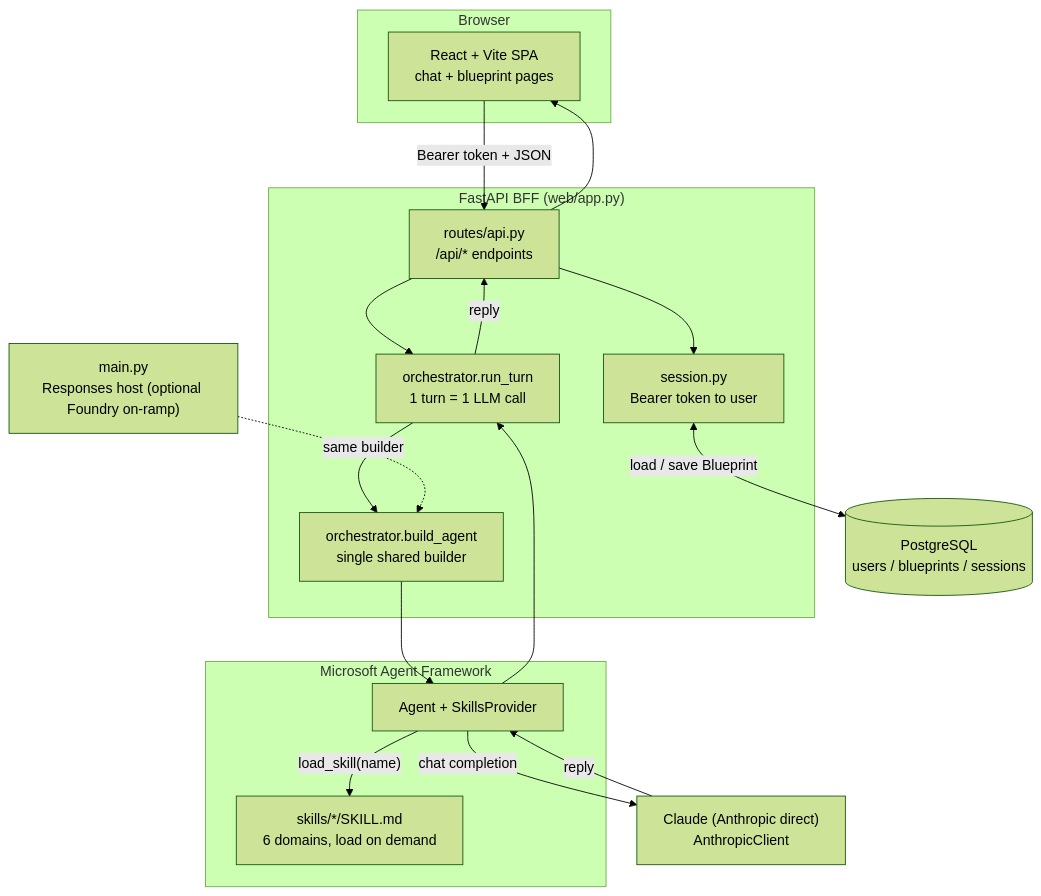
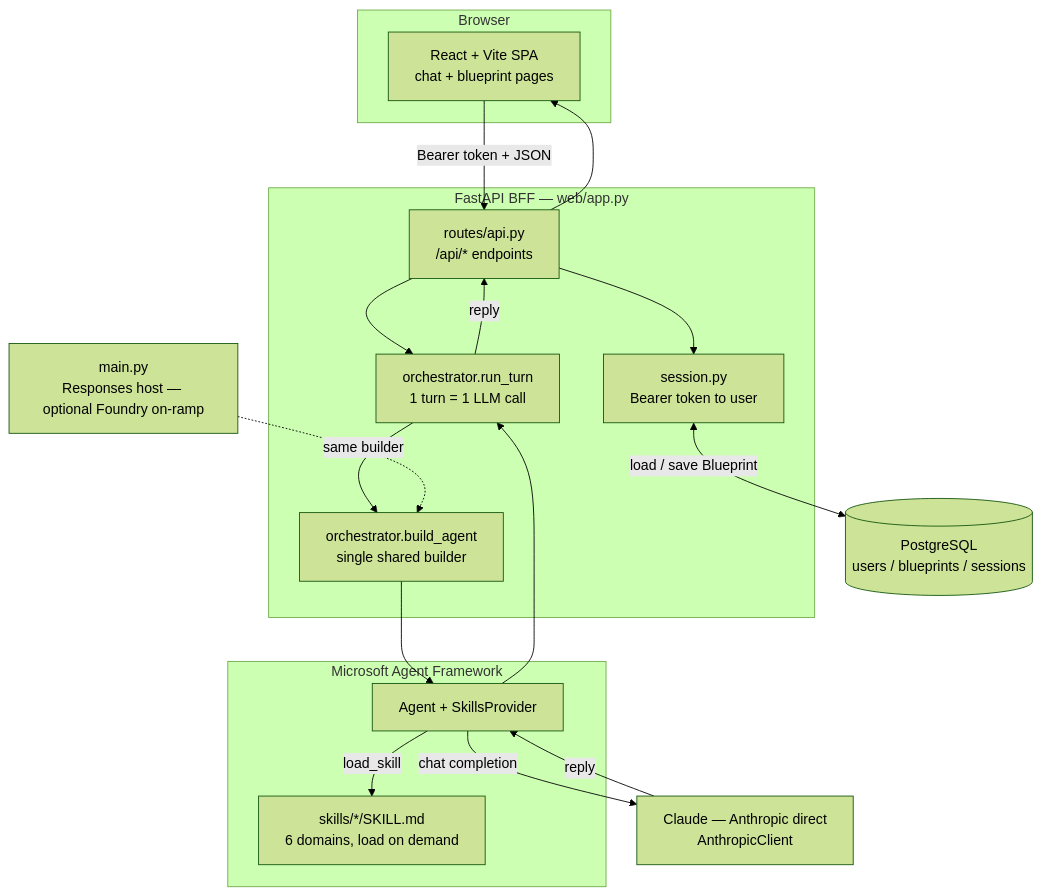
The first of 6 diagrams in ARCHITECTURE.md (scopeta/futureself), drawn with Mermaid (forest theme) before and after one commit. The commit also changed other lines of this file, not shown here.

First line of the commit message:
docs: harden ARCHITECTURE.md mermaid for portable rendering

````diff
--- a/ARCHITECTURE.md
+++ b/ARCHITECTURE.md
@@ -31,34 +31,34 @@
 ```mermaid
 flowchart TD
     subgraph Browser
         UI["React + Vite SPA<br/>chat + blueprint pages"]
     end
 
-    subgraph Backend["FastAPI BFF (web/app.py)"]
+    subgraph Backend["FastAPI BFF — web/app.py"]
         Routes["routes/api.py<br/>/api/* endpoints"]
         SessionMod["session.py<br/>Bearer token to user"]
         Orch["orchestrator.run_turn<br/>1 turn = 1 LLM call"]
         Builder["orchestrator.build_agent<br/>single shared builder"]
     end
 
     subgraph MAF["Microsoft Agent Framework"]
         Agent["Agent + SkillsProvider"]
         Skills["skills/*/SKILL.md<br/>6 domains, load on demand"]
     end
 
-    Claude["Claude (Anthropic direct)<br/>AnthropicClient"]
+    Claude["Claude — Anthropic direct<br/>AnthropicClient"]
     DB[("PostgreSQL<br/>users / blueprints / sessions")]
 
     UI -->|"Bearer token + JSON"| Routes
     Routes --> SessionMod
     SessionMod <-->|"load / save Blueprint"| DB
     Routes --> Orch
     Orch --> Builder --> Agent
-    Agent -->|"load_skill(name)"| Skills
+    Agent -->|"load_skill"| Skills
     Agent -->|"chat completion"| Claude
     Claude -->|"reply"| Agent --> Orch
     Orch -->|"reply"| Routes --> UI
 
-    Foundry["main.py<br/>Responses host (optional Foundry on-ramp)"]
+    Foundry["main.py<br/>Responses host — optional Foundry on-ramp"]
     Foundry -.->|"same builder"| Builder
 ```
````
